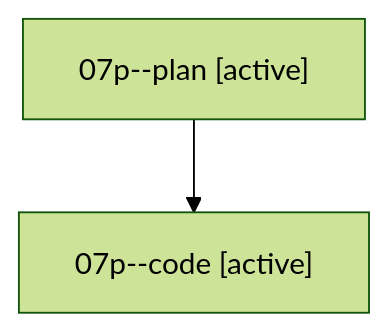
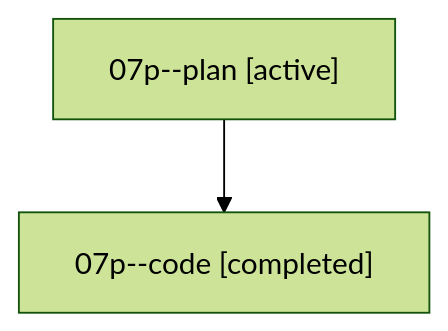
The diagram in sessions/bbugyi200.athena.07p.md (bobs-org/bob-cli--agents), drawn with Mermaid (forest theme) before and after one commit. The commit also changed other lines of this file and 11 other files, not shown here.

````diff
--- a/sessions/bbugyi200.athena.07p.md
+++ b/sessions/bbugyi200.athena.07p.md
@@ -9,6 +9,6 @@
 ```mermaid
 flowchart TD
   n0["07p--plan [active]"]
-  n1["07p--code [active]"]
+  n1["07p--code [completed]"]
   n0 --> n1
 ```
````
